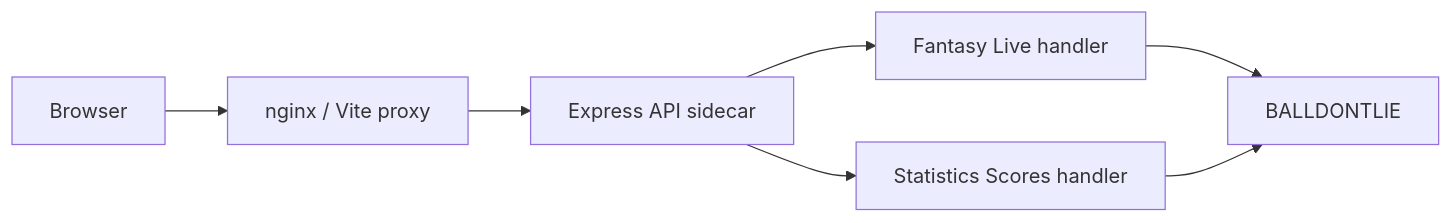
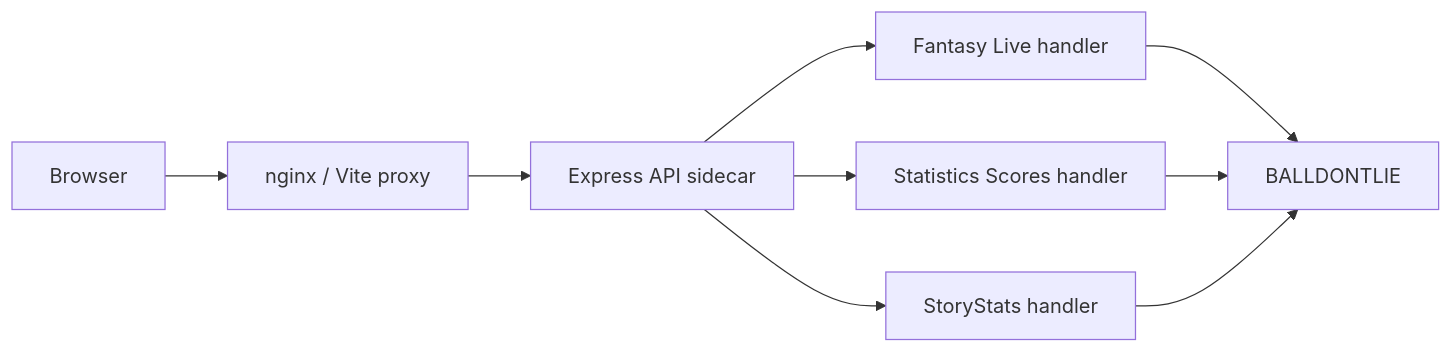
The first of 3 diagrams in docs/Live Data Server Architecture.md (thejrudd/gridshift), drawn with Mermaid before and after one commit. The commit also changed other lines of this file and 108 other files, not shown here.

````diff
--- a/docs/Live Data Server Architecture.md
+++ b/docs/Live Data Server Architecture.md
@@ -39,9 +40,11 @@
 ```mermaid
 flowchart LR
   B["Browser"] --> N["nginx / Vite proxy"]
   N --> A["Express API sidecar"]
   A --> L["Fantasy Live handler"]
   A --> S["Statistics Scores handler"]
+  A --> T["StoryStats handler"]
   L --> D["BALLDONTLIE"]
   S --> D
+  T --> D
 ```
````
